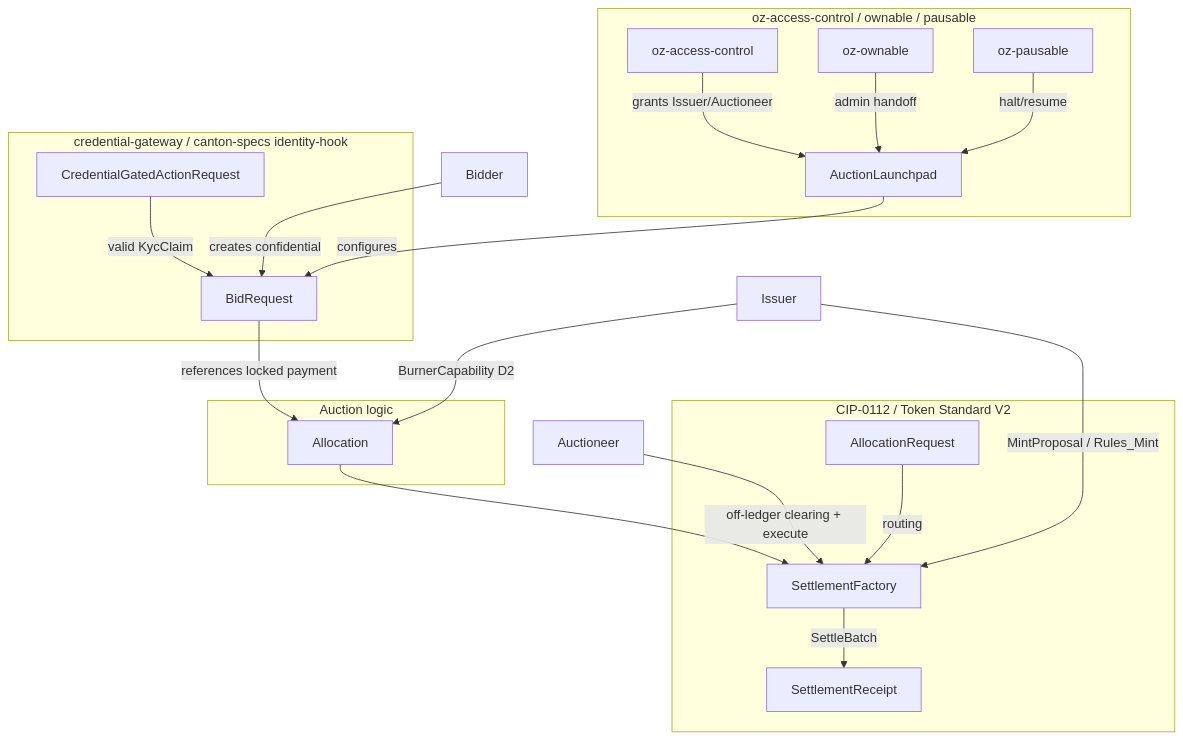
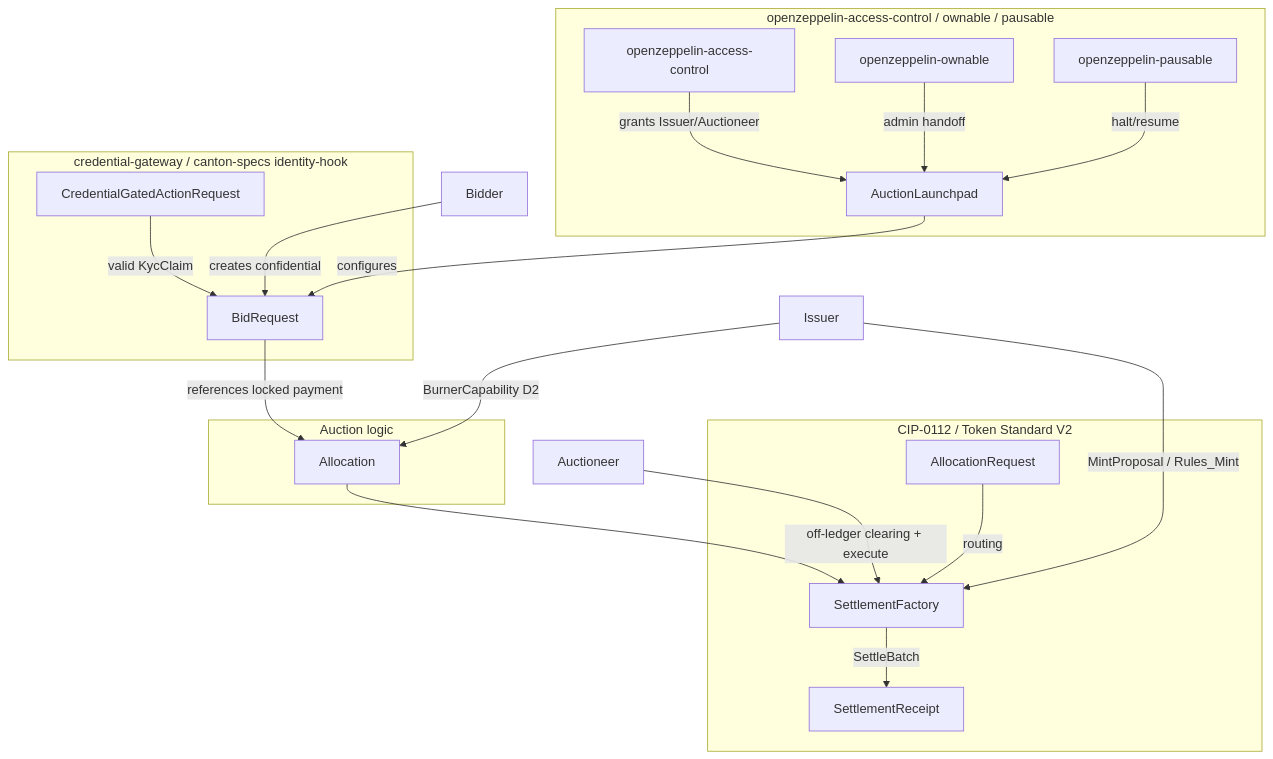
One commit to OpenZeppelin/canton-specs changed the first of 2 diagrams in docs/ri-reports/04-confidential-auction.md. Above: the diagram before and after it, drawn with Mermaid. The commit also changed other lines of this file and 35 other files, not shown here.

````diff
--- a/docs/ri-reports/04-confidential-auction.md
+++ b/docs/ri-reports/04-confidential-auction.md
@@ -570,24 +570,24 @@
 ```mermaid
 graph TD
-    subgraph Authority["oz-access-control / ownable / pausable"]
-        AC[oz-access-control] -->|grants Issuer/Auctioneer| AL[AuctionLaunchpad]
-        OW[oz-ownable] -->|admin handoff| AL
-        PA[oz-pausable] -->|halt/resume| AL
+    subgraph Authority["openzeppelin-access-control / ownable / pausable"]
+        AC[openzeppelin-access-control] -->|grants Issuer/Auctioneer| AL[AuctionLaunchpad]
+        OW[openzeppelin-ownable] -->|admin handoff| AL
+        PA[openzeppelin-pausable] -->|halt/resume| AL
     end
     subgraph Compliance["credential-gateway / canton-specs identity-hook"]
         ZK[CredentialGatedActionRequest] -->|valid KycClaim| BR[BidRequest]
     end
     subgraph Core["Auction logic"]
         AL -->|configures| BR
         BR -->|references locked payment| ALLOC[Allocation]
     end
     subgraph Spine["CIP-0112 / Token Standard V2"]
         ALLOC --> SF[SettlementFactory]
         AR[AllocationRequest] -->|routing| SF
         SF -->|SettleBatch| REC[SettlementReceipt]
     end
     Issuer -->|BurnerCapability D2| ALLOC
     Issuer -->|MintProposal / Rules_Mint| SF
     Bidder -->|creates confidential| BR
     Auctioneer -->|off-ledger clearing + execute| SF
 ```
````
